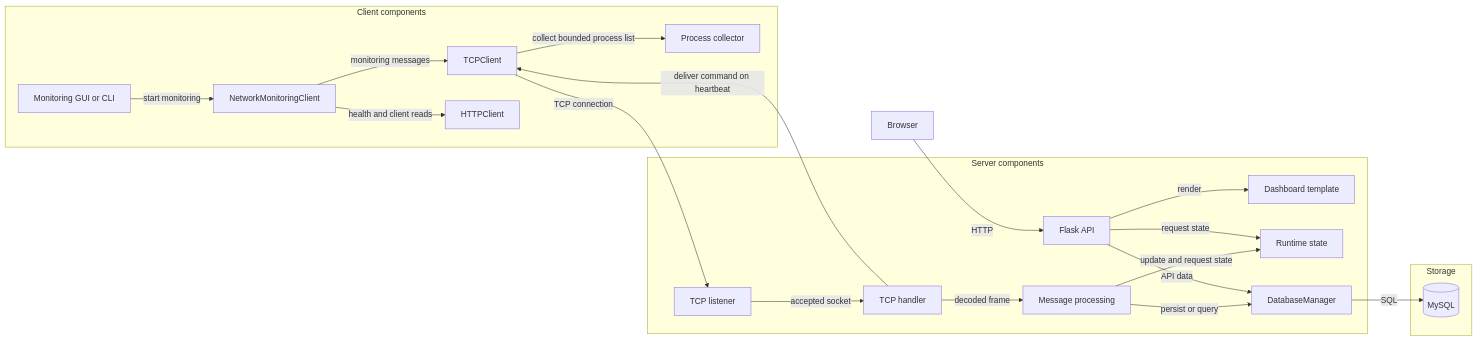
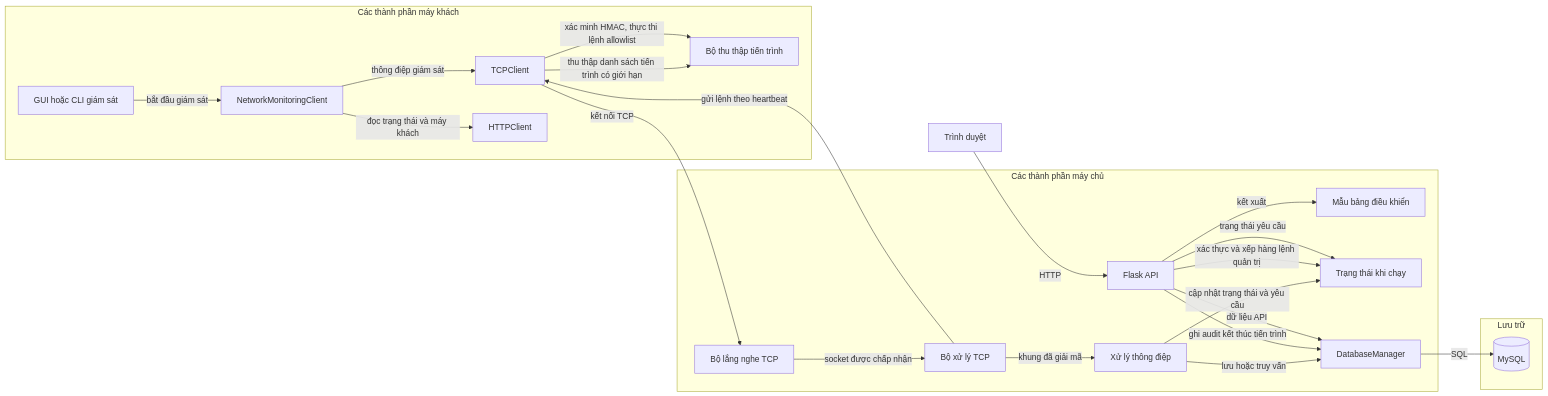
The second of 2 diagrams in docs/ARCHITECTURE.md (VoVanChung2508/P2Pminiproject), drawn with Mermaid before and after one commit. The commit also changed other lines of this file and 12 other files, not shown here.

Commit message:
VERIFY AND IMPLEMENT REAL-TIME CLIENT PROCESS MONITORING bug

````diff
--- a/docs/ARCHITECTURE.md
+++ b/docs/ARCHITECTURE.md
@@ -73,39 +83,42 @@
 ```mermaid
 flowchart LR
-    subgraph cClientLayer["Client components"]
-        cUI["Monitoring GUI or CLI"]
+    subgraph cClientLayer["Các thành phần máy khách"]
+        cUI["GUI hoặc CLI giám sát"]
         cMonitor["NetworkMonitoringClient"]
         cTCP["TCPClient"]
         cHTTP["HTTPClient"]
-        cProcess["Process collector"]
+        cProcess["Bộ thu thập tiến trình"]
     end
-    subgraph cServerLayer["Server components"]
-        cListener["TCP listener"]
-        cHandler["TCP handler"]
-        cDispatch["Message processing"]
+    subgraph cServerLayer["Các thành phần máy chủ"]
+        cListener["Bộ lắng nghe TCP"]
+        cHandler["Bộ xử lý TCP"]
+        cDispatch["Xử lý thông điệp"]
         cFlask["Flask API"]
-        cDashboard["Dashboard template"]
-        cRuntime["Runtime state"]
+        cDashboard["Mẫu bảng điều khiển"]
+        cRuntime["Trạng thái khi chạy"]
         cDBManager["DatabaseManager"]
     end
-    subgraph cStorageLayer["Storage"]
+    subgraph cStorageLayer["Lưu trữ"]
         cMySQL[("MySQL")]
     end
-    cBrowser["Browser"]
+    cBrowser["Trình duyệt"]
 
-    cUI -->|"start monitoring"| cMonitor
-    cMonitor -->|"monitoring messages"| cTCP
-    cMonitor -->|"health and client reads"| cHTTP
-    cTCP -->|"TCP connection"| cListener
-    cListener -->|"accepted socket"| cHandler
-    cHandler -->|"decoded frame"| cDispatch
-    cDispatch -->|"update and request state"| cRuntime
-    cDispatch -->|"persist or query"| cDBManager
+    cUI -->|"bắt đầu giám sát"| cMonitor
+    cMonitor -->|"thông điệp giám sát"| cTCP
+    cMonitor -->|"đọc trạng thái và máy khách"| cHTTP
+    cTCP -->|"kết nối TCP"| cListener
+    cListener -->|"socket được chấp nhận"| cHandler
+    cHandler -->|"khung đã giải mã"| cDispatch
+    cDispatch -->|"cập nhật trạng thái và yêu cầu"| cRuntime
+    cDispatch -->|"lưu hoặc truy vấn"| cDBManager
     cDBManager -->|"SQL"| cMySQL
-    cHandler -->|"deliver command on heartbeat"| cTCP
-    cTCP -->|"collect bounded process list"| cProcess
+    cHandler -->|"gửi lệnh theo heartbeat"| cTCP
+    cTCP -->|"thu thập danh sách tiến trình có giới hạn"| cProcess
+    cFlask -->|"xác thực và xếp hàng lệnh quản trị"| cRuntime
+    cTCP -->|"xác minh HMAC, thực thi lệnh allowlist"| cProcess
+    cFlask -->|"ghi audit kết thúc tiến trình"| cDBManager
     cBrowser -->|"HTTP"| cFlask
-    cFlask -->|"render"| cDashboard
-    cFlask -->|"API data"| cDBManager
-    cFlask -->|"request state"| cRuntime
+    cFlask -->|"kết xuất"| cDashboard
+    cFlask -->|"dữ liệu API"| cDBManager
+    cFlask -->|"trạng thái yêu cầu"| cRuntime
 ```
````
